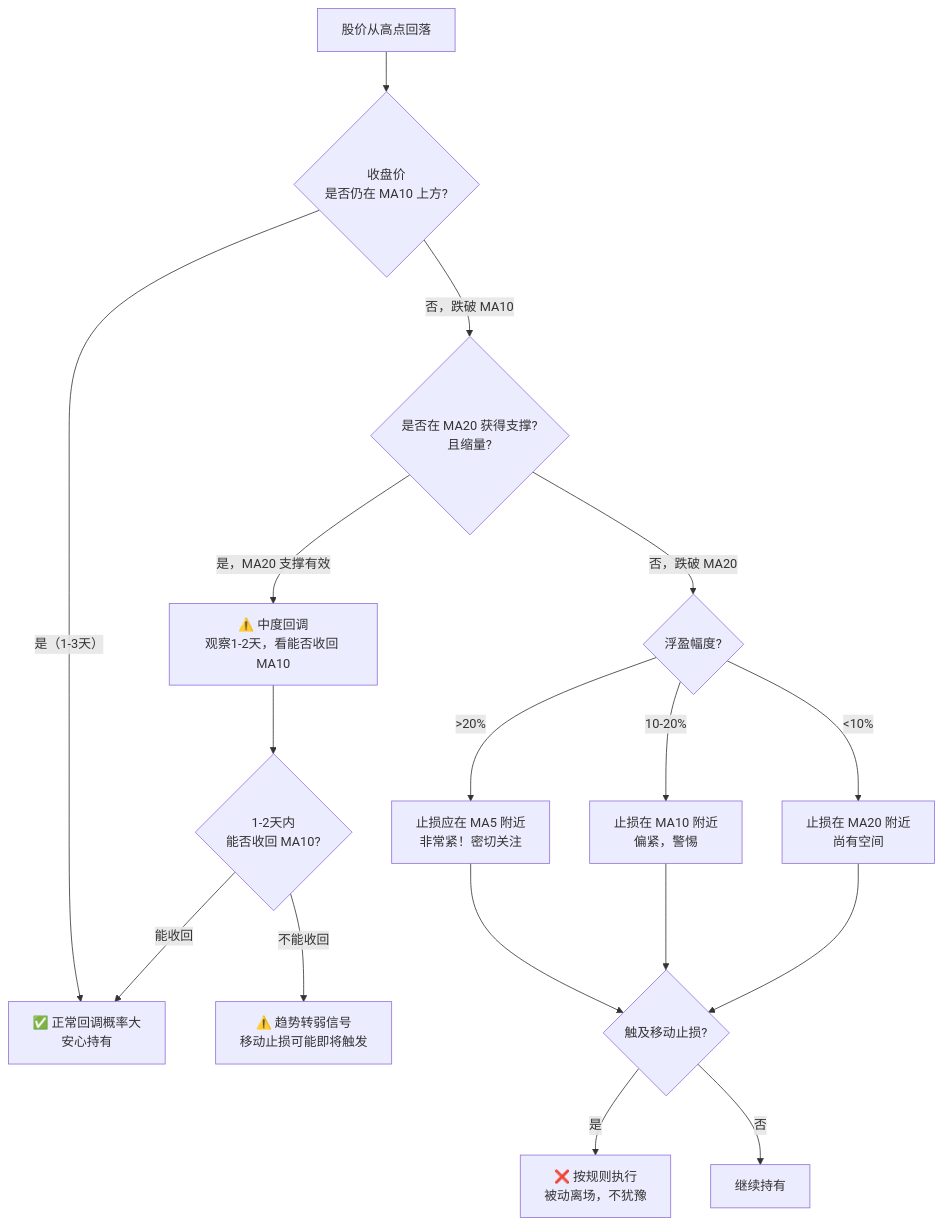
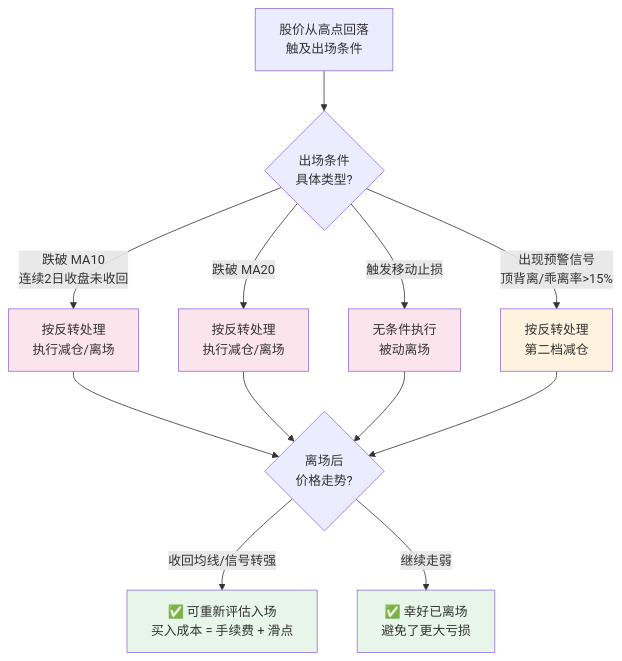
One commit to yiiewang/yiiewang.github.io changed the fifth of 8 diagrams in docs/blog/posts/2026/04/30.md. Above: the diagram before and after it, drawn with Mermaid. The commit also changed other lines of this file, not shown here.

Commit message:
docs(blog): 优化出场策略与回调反转判断逻辑

````diff
--- a/docs/blog/posts/2026/04/30.md
+++ b/docs/blog/posts/2026/04/30.md
@@ -489,24 +489,24 @@
 ```mermaid
 flowchart TD
-    A["股价从高点回落"] --> B{"收盘价<br/>是否仍在 MA10 上方?"}
+    A["股价从高点回落<br/>触及出场条件"] --> B{"出场条件<br/>具体类型?"}
     
-    B -->|"是（1-3天）"| C["✅ 正常回调概率大<br/>安心持有"]
-    B -->|"否，跌破 MA10"| D{"是否在 MA20 获得支撑?<br/>且缩量?"}
+    B -->|跌破 MA10<br/>连续2日收盘未收回| C1["按反转处理<br/>执行减仓/离场"]
+    B -->|跌破 MA20| C2["按反转处理<br/>执行减仓/离场"]
+    B -->|触发移动止损| C3["无条件执行<br/>被动离场"]
+    B -->|出现预警信号<br/>顶背离/乖离率>15%| C4["按反转处理<br/>第二档减仓"]
     
-    D -->|"是，MA20 支撑有效"| E["⚠️ 中度回调<br/>观察1-2天，看能否收回 MA10"]
-    D -->|"否，跌破 MA20"| F{"浮盈幅度?"}
+    C1 --> D{离场后<br/>价格走势?}
+    C2 --> D
+    C3 --> D
+    C4 --> D
     
-    F -->|">20%"| G["止损应在 MA5 附近<br/>非常紧！密切关注"]
-    F -->|"10-20%"| H["止损在 MA10 附近<br/>偏紧，警惕"]
-    F -->|"<10%"| I["止损在 MA20 附近<br/>尚有空间"]
+    D -->|收回均线/信号转强| E["✅ 可重新评估入场<br/>买入成本 = 手续费 + 滑点"]
+    D -->|继续走弱| F["✅ 幸好已离场<br/>避免了更大亏损"]
     
-    E --> J{"1-2天内<br/>能否收回 MA10?"}
-    J -->|能收回| C
-    J -->|不能收回| K["⚠️ 趋势转弱信号<br/>移动止损可能即将触发"]
-    
-    G --> L{触及移动止损?}
-    H --> L
-    I --> L
-    L -->|是| M["❌ 按规则执行<br/>被动离场，不犹豫"]
-    L -->|否| N["继续持有"]
+    style C1 fill:#fce4ec
+    style C2 fill:#fce4ec
+    style C3 fill:#fce4ec
+    style C4 fill:#fff3e0
+    style E fill:#e8f5e9
+    style F fill:#e8f5e9
 ```
````
